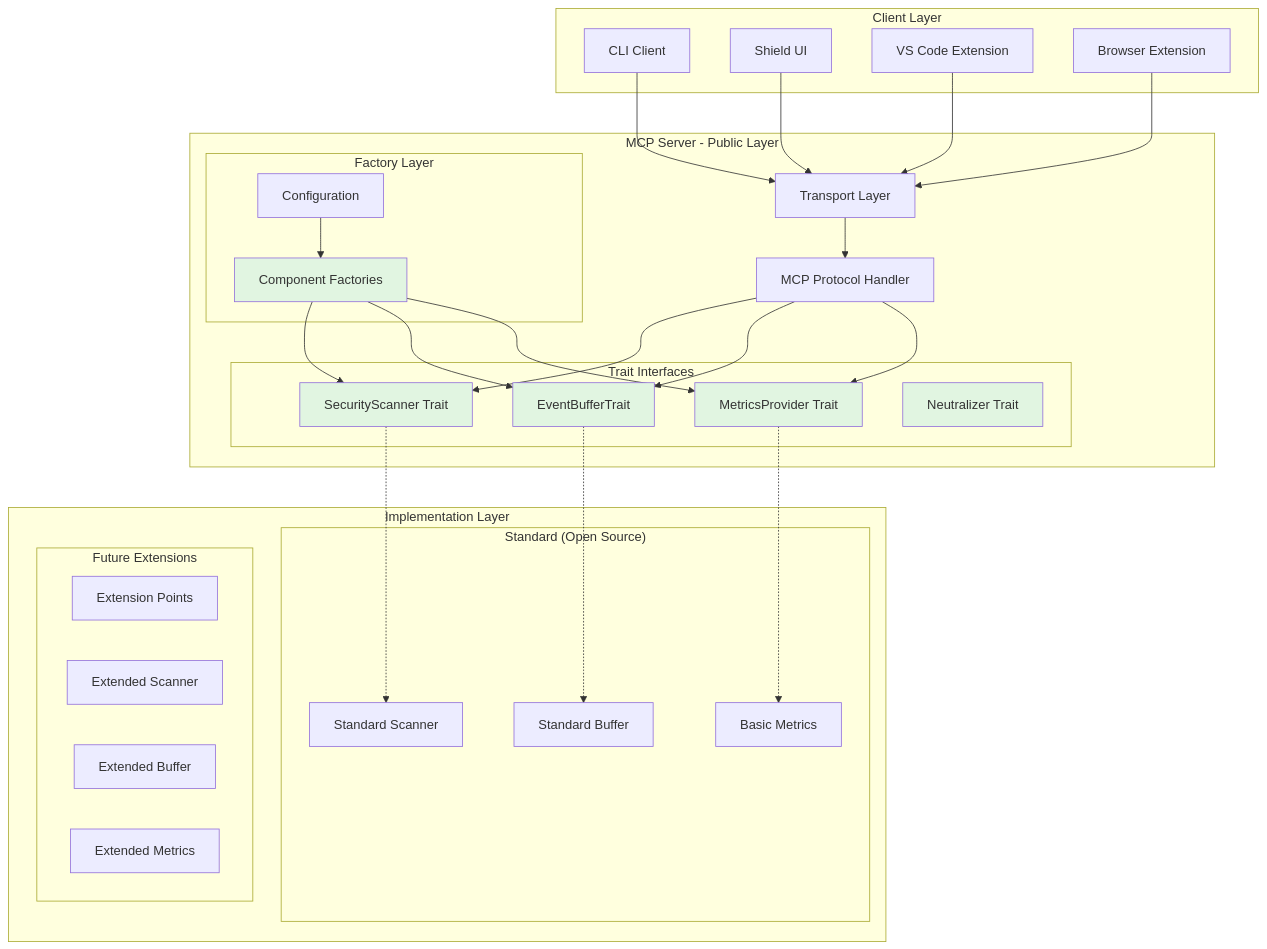
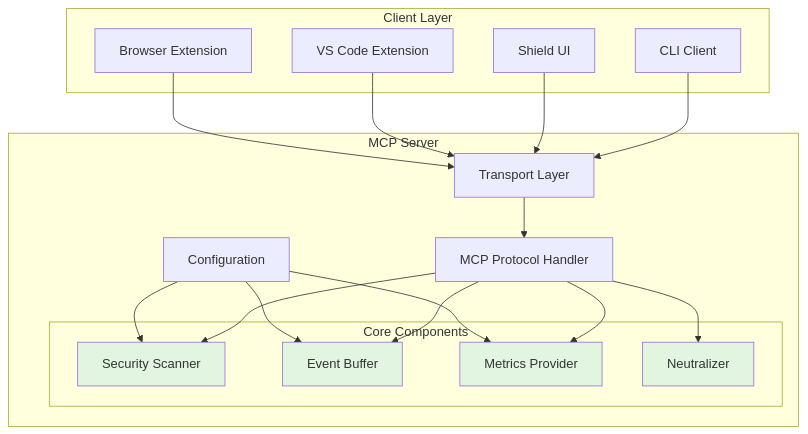
Before and after one commit to kindly-software-inc/kindly-guard: the first of 5 diagrams in docs/architecture/ARCHITECTURE.md, drawn with Mermaid. The commit also changed other lines of this file and 7 other files, not shown here.

First line of the commit message:
security(docs): Remove proprietary implementation references

````diff
--- a/docs/architecture/ARCHITECTURE.md
+++ b/docs/architecture/ARCHITECTURE.md
@@ -7,66 +7,43 @@
 ```mermaid
 graph TB
     subgraph "Client Layer"
         CLI[CLI Client]
         Shield[Shield UI]
         VSCode[VS Code Extension]
         Browser[Browser Extension]
     end
     
-    subgraph "MCP Server - Public Layer"
+    subgraph "MCP Server"
         Transport[Transport Layer]
         Protocol[MCP Protocol Handler]
         
-        subgraph "Trait Interfaces"
-            ScannerTrait[SecurityScanner Trait]
-            BufferTrait[EventBufferTrait]
-            MetricsTrait[MetricsProvider Trait]
-            NeutralizerTrait[Neutralizer Trait]
+        subgraph "Core Components"
+            Scanner[Security Scanner]
+            Buffer[Event Buffer]
+            Metrics[Metrics Provider]
+            Neutralizer[Neutralizer]
         end
         
-        subgraph "Factory Layer"
-            Factories[Component Factories]
-            Config[Configuration]
-        end
-    end
-    
-    subgraph "Implementation Layer"
-        subgraph "Standard (Open Source)"
-            StdScanner[Standard Scanner]
-            StdBuffer[Standard Buffer]
-            StdMetrics[Basic Metrics]
-        end
-        
-        subgraph "Future Extensions"
-            Future[Extension Points]
-            ExtScanner[Extended Scanner]
-            ExtBuffer[Extended Buffer]
-            ExtMetrics[Extended Metrics]
-        end
+        Config[Configuration]
     end
     
     CLI --> Transport
     Shield --> Transport
     VSCode --> Transport
     Browser --> Transport
     
     Transport --> Protocol
-    Protocol --> ScannerTrait
-    Protocol --> BufferTrait
-    Protocol --> MetricsTrait
+    Protocol --> Scanner
+    Protocol --> Buffer
+    Protocol --> Metrics
+    Protocol --> Neutralizer
     
-    Config --> Factories
-    Factories --> ScannerTrait
-    Factories --> BufferTrait
-    Factories --> MetricsTrait
+    Config --> Scanner
+    Config --> Buffer
+    Config --> Metrics
     
-    ScannerTrait -.-> StdScanner
-    BufferTrait -.-> StdBuffer
-    MetricsTrait -.-> StdMetrics
-    
-    style ScannerTrait fill:#e1f5e1
-    style BufferTrait fill:#e1f5e1
-    style MetricsTrait fill:#e1f5e1
-    style NeutralizerTrait fill:#e1f5e1
-    style Factories fill:#e1f5e1
+    style Scanner fill:#e1f5e1
+    style Buffer fill:#e1f5e1
+    style Metrics fill:#e1f5e1
+    style Neutralizer fill:#e1f5e1
 ```
````
